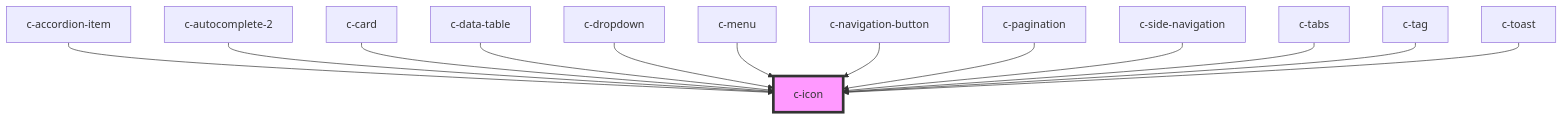
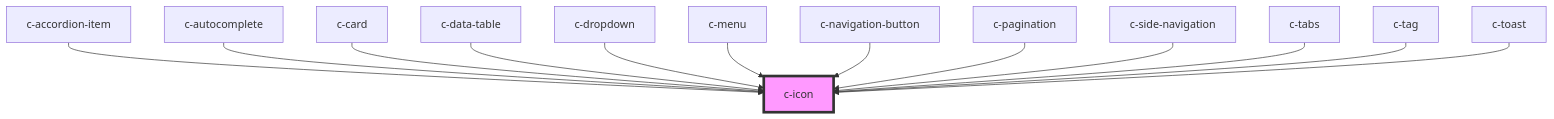
One commit to CSCfi/ui changed the diagram in packages/csc-ui/src/components/c-icon/readme.md. Above: the diagram before and after it, drawn with Mermaid. The commit also changed other lines of this file and 67 other files, not shown here.

````diff
--- a/packages/csc-ui/src/components/c-icon/readme.md
+++ b/packages/csc-ui/src/components/c-icon/readme.md
@@ -35,16 +42,16 @@
 ```mermaid
 graph TD;
   c-accordion-item --> c-icon
-  c-autocomplete-2 --> c-icon
+  c-autocomplete --> c-icon
   c-card --> c-icon
   c-data-table --> c-icon
   c-dropdown --> c-icon
   c-menu --> c-icon
   c-navigation-button --> c-icon
   c-pagination --> c-icon
   c-side-navigation --> c-icon
   c-tabs --> c-icon
   c-tag --> c-icon
   c-toast --> c-icon
   style c-icon fill:#f9f,stroke:#333,stroke-width:4px
 ```
````
